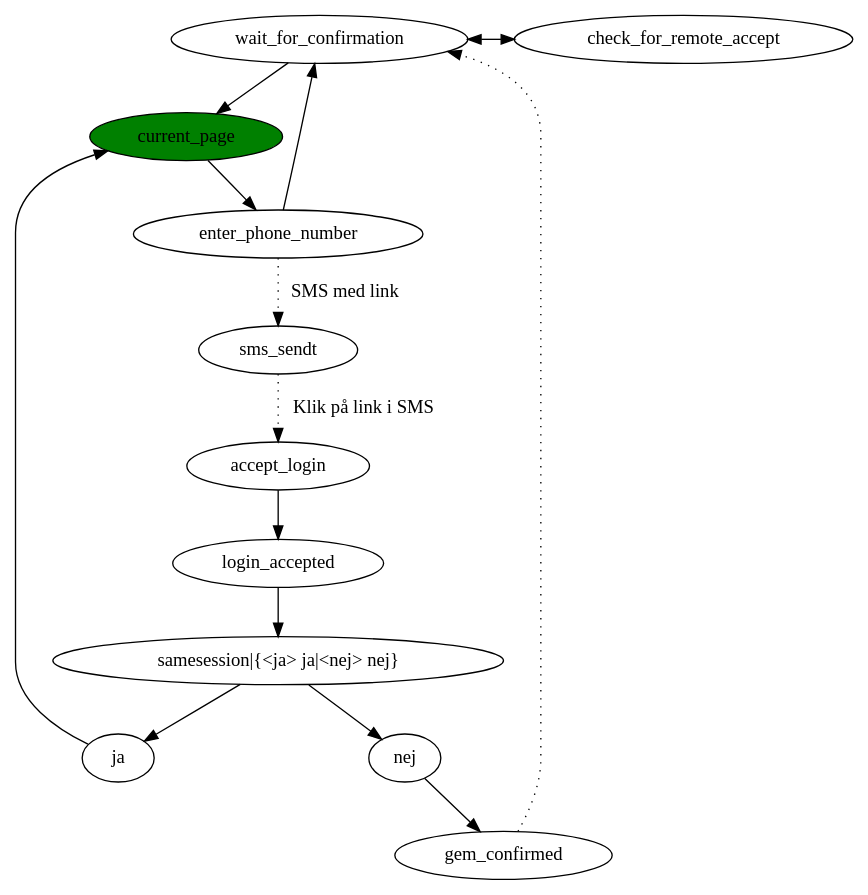
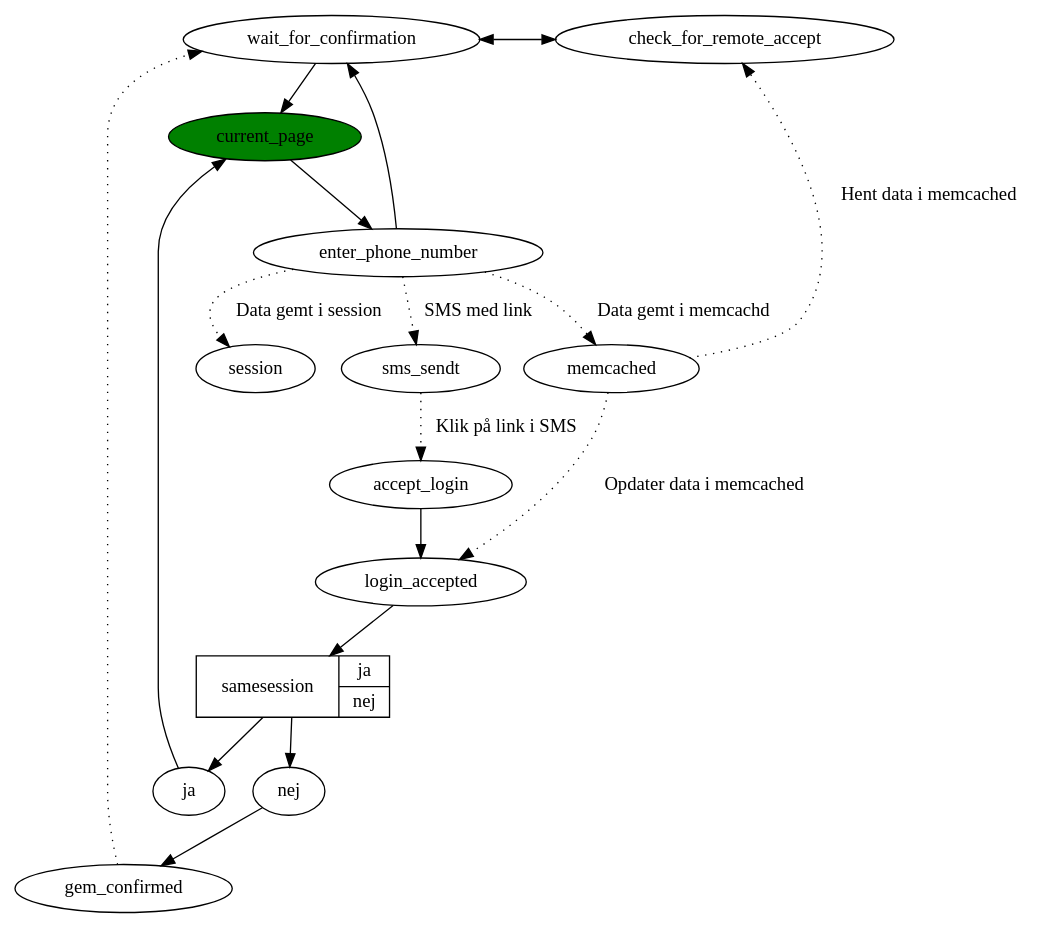
Before and after one commit to alslug/alslug.dk: the diagram in projekter/sms-login.dot, drawn with Graphviz.

```diff
--- a/projekter/sms-login.dot
+++ b/projekter/sms-login.dot
@@ -1,34 +1,44 @@
 digraph xxx {
   {
     rank = same;
     wait_for_confirmation; check_for_remote_accept;
-/////////////////////////////////////////////////////////////////////////////////////
-              wait_for_confirmation ->                                          /////
-                    check_for_remote_accept [ dir=both ];                       /////
-/////////////////////////////////////////////////////////////////////////////////////
+////////////////////////////////////////////////////////////////////////////////////////////
+              wait_for_confirmation -> check_for_remote_accept [ dir=both ];           /////
+////////////////////////////////////////////////////////////////////////////////////////////
   }
-  same_session [ label="samesession|{<ja> ja|<nej> nej}" ];
+  same_session [ shape=record label="samesession|{<ja> ja|<nej> nej}" ];
   current_page [ style=filled fillcolor=green ];
   current_page ->
         enter_phone_number ->
               wait_for_confirmation ->
                     current_page;
-/////////////////////////////////////////////////////////////////////////////////////
-        enter_phone_number ->                                                   /////
-              sms_sendt [ style= dotted label="SMS med link"];                  /////
-/////////////////////////////////////////////////////////////////////////////////////
+////////////////////////////////////////////////////////////////////////////////////////////
+        enter_phone_number -> sms_sendt [ style= dotted label="SMS med link"];         /////
+////////////////////////////////////////////////////////////////////////////////////////////
+  {
+    edge [style=dotted];
+////////////////////////////////////////////////////////////////////////////////////////////
+        enter_phone_number -> memcached [ label="Data gemt i memcachd"]; /////
+        memcached -> check_for_remote_accept [ label = "Hent data i memcached"];
+        memcached -> login_accepted [ label = "Opdater data i memcached"];
+////////////////////////////////////////////////////////////////////////////////////////////
+////////////////////////////////////////////////////////////////////////////////////////////
+        enter_phone_number -> session [ label="Data gemt i session"];    /////
+////////////////////////////////////////////////////////////////////////////////////////////
+}
   sms_sendt ->
         accept_login [ style=dotted label="Klik på link i SMS" ];
         accept_login ->
               login_accepted->
                     same_session;
+
                     same_session -> {ja,nej};
                           ja ->
                                 current_page;
                           nej ->
                                 gem_confirmed;
-/////////////////////////////////////////////////////////////////////////////////////
-                                gem_confirmed ->                                /////
-                                      wait_for_confirmation [ style=dotted ];   /////
-/////////////////////////////////////////////////////////////////////////////////////
+////////////////////////////////////////////////////////////////////////////////////////////
+                                gem_confirmed ->                                       /////
+                                      wait_for_confirmation [ style=dotted ];          /////
+////////////////////////////////////////////////////////////////////////////////////////////
 }
```
